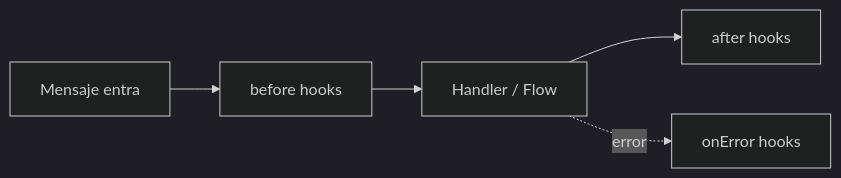
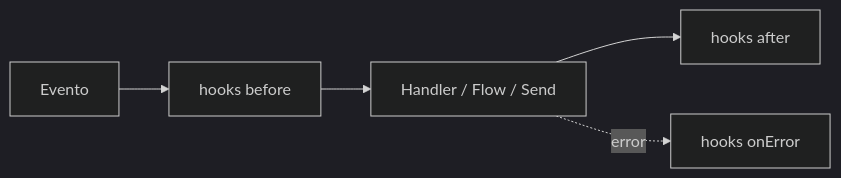
The diagram in docs/es/guide/hooks.md (andresayac/bot-wa-baileys), drawn with Mermaid (dark theme) before and after one commit. The commit also changed other lines of this file and 38 other files, not shown here.

````diff
--- a/docs/es/guide/hooks.md
+++ b/docs/es/guide/hooks.md
@@ -9,7 +9,7 @@
 ```mermaid
 flowchart LR
-    A[Mensaje entra] --> B[before hooks]
-    B --> C[Handler / Flow]
-    C --> D[after hooks]
-    C -.->|error| E[onError hooks]
+    A[Evento] --> B[hooks before]
+    B --> C[Handler / Flow / Send]
+    C --> D[hooks after]
+    C -.->|error| E[hooks onError]
 ```
````
